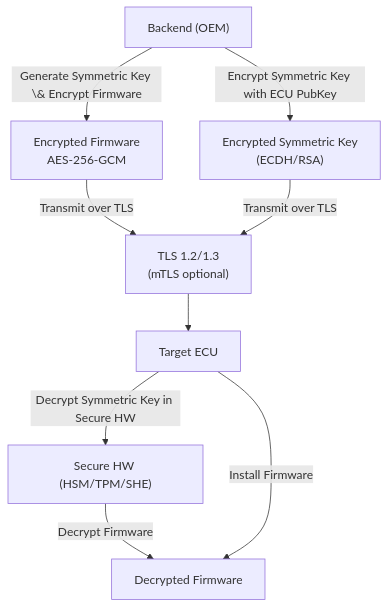
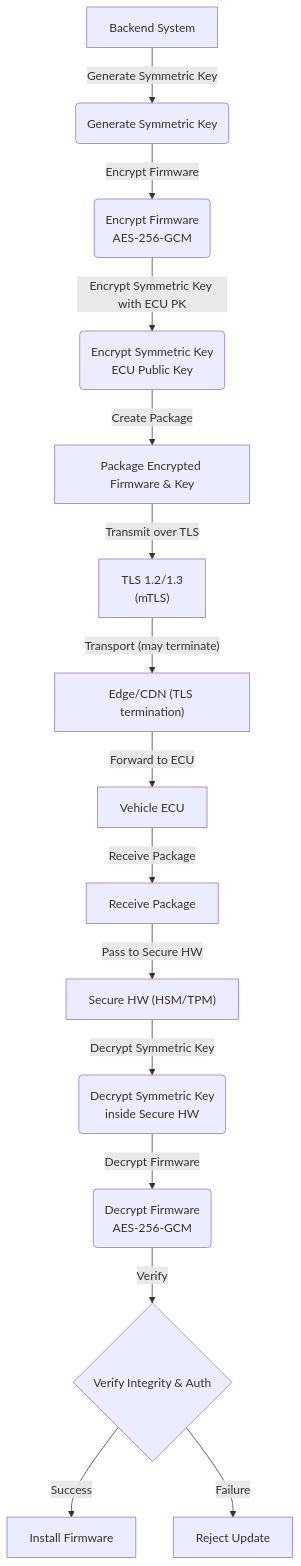
One commit to CagriCatik/Clarion changed the diagram in outputs/01_protection-eavesdrop_doc.md. Above: the diagram before and after it, drawn with Mermaid. The commit also changed other lines of this file and 66 other files, not shown here.

````diff
--- a/outputs/01_protection-eavesdrop_doc.md
+++ b/outputs/01_protection-eavesdrop_doc.md
@@ -43,19 +47,33 @@
 ```mermaid
 graph TD
-Backend["Backend (OEM)"]
-TLS_Tunnel["TLS 1.2/1.3\n(mTLS optional)"]
-EncryptedPayload["Encrypted Firmware\nAES-256-GCM"]
-EncryptedKey["Encrypted Symmetric Key\n(ECDH/RSA)"]
-ECU["Target ECU"]
-SecureHW["Secure HW (HSM/TPM/SHE)"]
-FirmwareDecrypted["Decrypted Firmware"]
+    Backend["Backend System"]
+    EdgeNode["Edge/CDN (TLS termination)"]
+    ECU["Vehicle ECU"]
+    SecureHW["Secure HW (HSM/TPM)"]
+    SymKeyGen("Generate Symmetric Key")
+    FirmwareEnc("Encrypt Firmware<br>AES-256-GCM")
+    KeyEnc("Encrypt Symmetric Key<br>ECU Public Key")
+    Package["Package Encrypted Firmware & Key"]
+    TLS["TLS 1.2/1.3<br>(mTLS)"]
+    Receive["Receive Package"]
+    DecryptKey("Decrypt Symmetric Key<br>inside Secure HW")
+    DecryptFW("Decrypt Firmware<br>AES-256-GCM")
+    Verify{Verify Integrity & Auth}
+    Install["Install Firmware"]
+    Reject["Reject Update"]
 
-Backend -- "Generate Symmetric Key \& Encrypt Firmware" --> EncryptedPayload
-Backend -- "Encrypt Symmetric Key with ECU PubKey" --> EncryptedKey
-EncryptedPayload -- "Transmit over TLS" --> TLS_Tunnel
-EncryptedKey -- "Transmit over TLS" --> TLS_Tunnel
-TLS_Tunnel --> ECU
-ECU -- "Decrypt Symmetric Key in Secure HW" --> SecureHW
-SecureHW -- "Decrypt Firmware" --> FirmwareDecrypted
-ECU -- "Install Firmware" --> FirmwareDecrypted
+    Backend -- "Generate Symmetric Key" --> SymKeyGen
+    SymKeyGen -- "Encrypt Firmware" --> FirmwareEnc
+    FirmwareEnc -- "Encrypt Symmetric Key with ECU PK" --> KeyEnc
+    KeyEnc -- "Create Package" --> Package
+    Package -- "Transmit over TLS" --> TLS
+    TLS -- "Transport (may terminate)" --> EdgeNode
+    EdgeNode -- "Forward to ECU" --> ECU
+    ECU -- "Receive Package" --> Receive
+    Receive -- "Pass to Secure HW" --> SecureHW
+    SecureHW -- "Decrypt Symmetric Key" --> DecryptKey
+    DecryptKey -- "Decrypt Firmware" --> DecryptFW
+    DecryptFW -- "Verify" --> Verify
+    Verify -- "Success" --> Install
+    Verify -- "Failure" --> Reject
 ```
````
